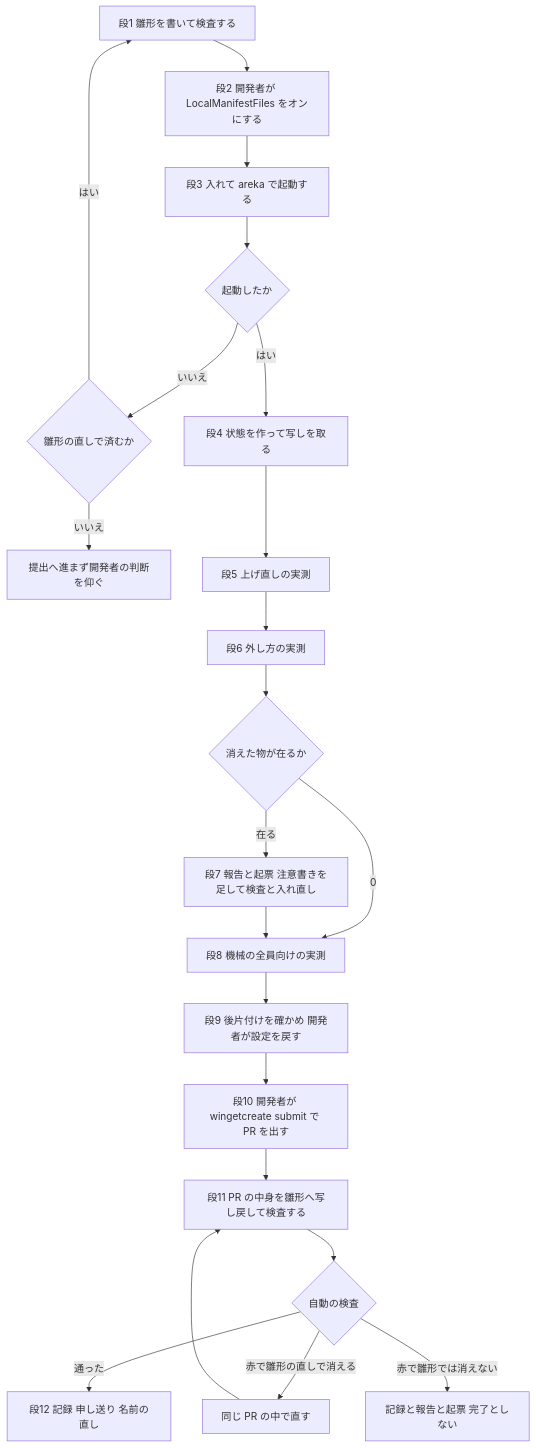
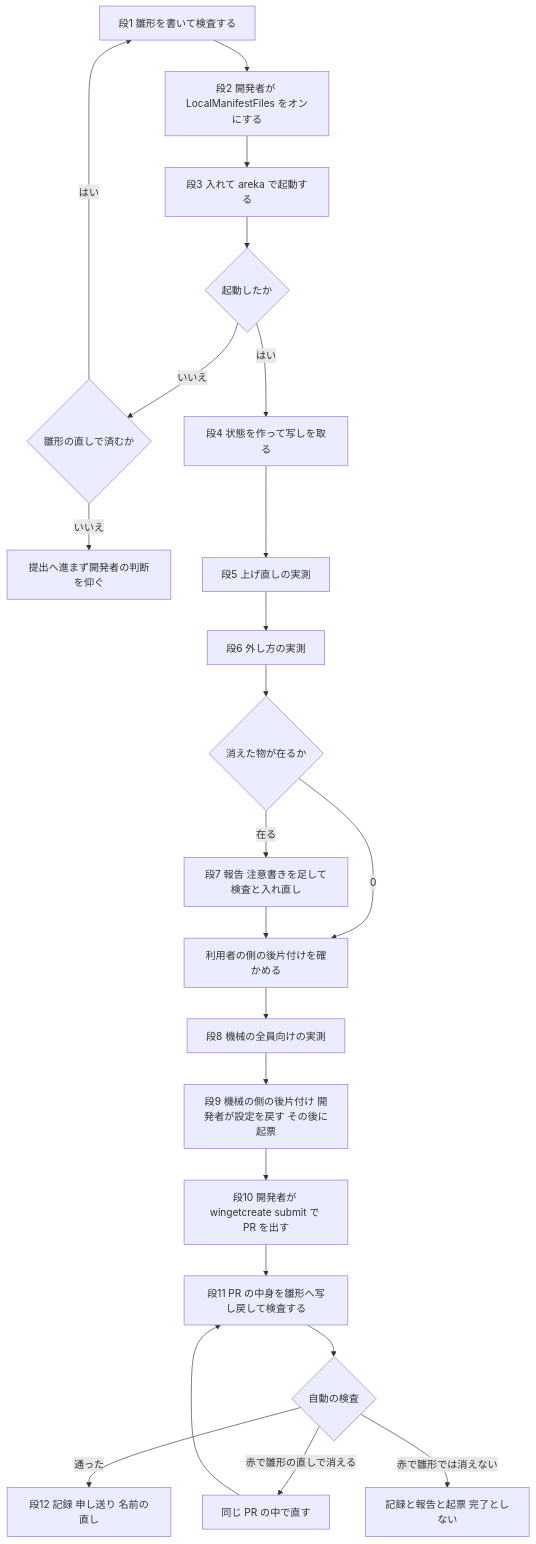
One commit to ekicyou/areka changed the diagram in .kiro/specs/areka-P0-winget-manifest-submission/design.md. Above: the diagram before and after it, drawn with Mermaid. The commit also changed other lines of this file and 1 other file, not shown here.

````diff
--- a/.kiro/specs/areka-P0-winget-manifest-submission/design.md
+++ b/.kiro/specs/areka-P0-winget-manifest-submission/design.md
@@ -77,24 +77,25 @@
 ```mermaid
 flowchart TD
     A[段1 雛形を書いて検査する] --> C[段2 開発者が LocalManifestFiles をオンにする]
     C --> D[段3 入れて areka で起動する]
     D --> E{起動したか}
     E -- いいえ --> G{雛形の直しで済むか}
     G -- はい --> A
     G -- いいえ --> H[提出へ進まず開発者の判断を仰ぐ]
     E -- はい --> I[段4 状態を作って写しを取る]
     I --> J[段5 上げ直しの実測]
     J --> K[段6 外し方の実測]
     K --> L{消えた物が在るか}
-    L -- 在る --> M[段7 報告と起票 注意書きを足して検査と入れ直し]
-    L -- 0 --> N[段8 機械の全員向けの実測]
-    M --> N
-    N --> O[段9 後片付けを確かめ 開発者が設定を戻す]
+    L -- 在る --> M[段7 報告 注意書きを足して検査と入れ直し]
+    L -- 0 --> K2[利用者の側の後片付けを確かめる]
+    M --> K2
+    K2 --> N[段8 機械の全員向けの実測]
+    N --> O[段9 機械の側の後片付け 開発者が設定を戻す その後に起票]
     O --> P[段10 開発者が wingetcreate submit で PR を出す]
     P --> Q[段11 PR の中身を雛形へ写し戻して検査する]
     Q --> R{自動の検査}
     R -- 通った --> S[段12 記録 申し送り 名前の直し]
     R -- 赤で雛形の直しで消える --> T[同じ PR の中で直す]
     T --> Q
     R -- 赤で雛形では消えない --> U[記録と報告と起票 完了としない]
 ```
````
